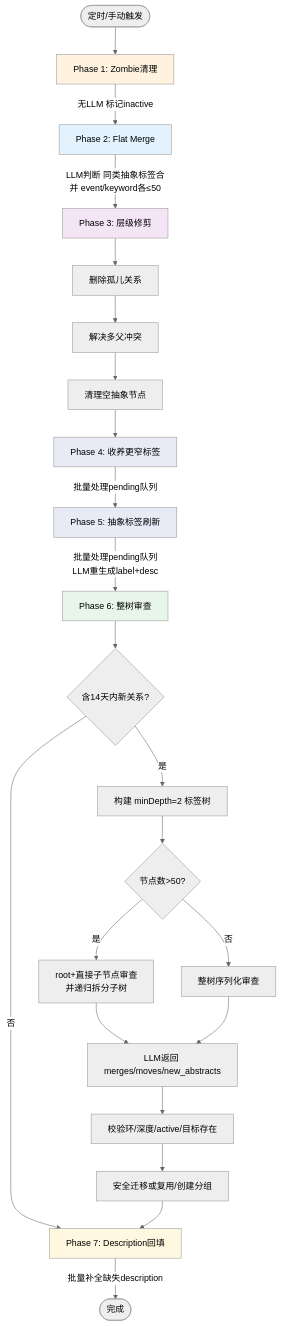
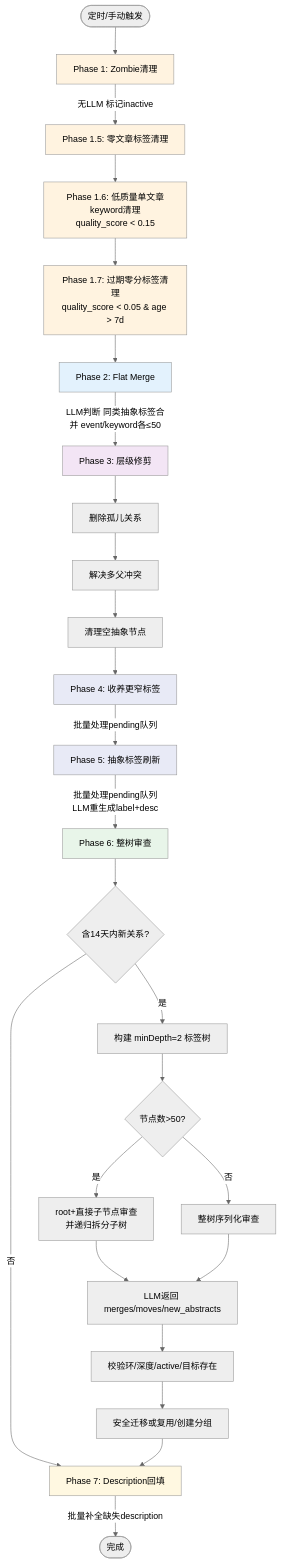
Before and after one commit to ZanebonoAlter/ZanebonoRssReader: the ninth of 9 diagrams in docs/guides/tagging-flow.md, drawn with Mermaid (neutral theme). The commit also changed other lines of this file and 185 other files, not shown here.

````diff
--- a/docs/guides/tagging-flow.md
+++ b/docs/guides/tagging-flow.md
@@ -377,32 +404,38 @@
 ```mermaid
 flowchart TD
     START([定时/手动触发]) --> P1[Phase 1: Zombie清理]
-    P1 --> |无LLM 标记inactive| P2[Phase 2: Flat Merge]
+    P1 --> |无LLM 标记inactive| P1_5[Phase 1.5: 零文章标签清理]
+    P1_5 --> P1_6[Phase 1.6: 低质量单文章keyword清理<br/>quality_score < 0.15]
+    P1_6 --> P1_7[Phase 1.7: 过期零分标签清理<br/>quality_score < 0.05 & age > 7d]
+    P1_7 --> P2[Phase 2: Flat Merge]
     P2 --> |LLM判断 同类抽象标签合并 event/keyword各≤50| P3[Phase 3: 层级修剪]
     P3 --> P3A[删除孤儿关系]
     P3A --> P3B[解决多父冲突]
     P3B --> P3C[清理空抽象节点]
     P3C --> P4[Phase 4: 收养更窄标签]
     P4 --> |批量处理pending队列| P5[Phase 5: 抽象标签刷新]
     P5 --> |批量处理pending队列<br/>LLM重生成label+desc| P6[Phase 6: 整树审查]
     P6 --> P6A{含14天内新关系?}
     P6A -->|否| P7[Phase 7: Description回填]
     P6A -->|是| P6B[构建 minDepth=2 标签树]
     P6B --> P6C{节点数>50?}
     P6C -->|是| P6D[root+直接子节点审查<br/>并递归拆分子树]
     P6C -->|否| P6E[整树序列化审查]
     P6D --> P6F[LLM返回 merges/moves/new_abstracts]
     P6E --> P6F
     P6F --> P6G[校验环/深度/active/目标存在]
     P6G --> P6H[安全迁移或复用/创建分组]
     P6H --> P7
     P7 --> |批量补全缺失description| END1([完成])
 
     style P1 fill:#fff3e0
+    style P1_5 fill:#fff3e0
+    style P1_6 fill:#fff3e0
+    style P1_7 fill:#fff3e0
     style P2 fill:#e3f2fd
     style P3 fill:#f3e5f5
     style P4 fill:#e8eaf6
     style P5 fill:#e8eaf6
     style P6 fill:#e8f5e9
     style P7 fill:#fff8e1
 ```
````
